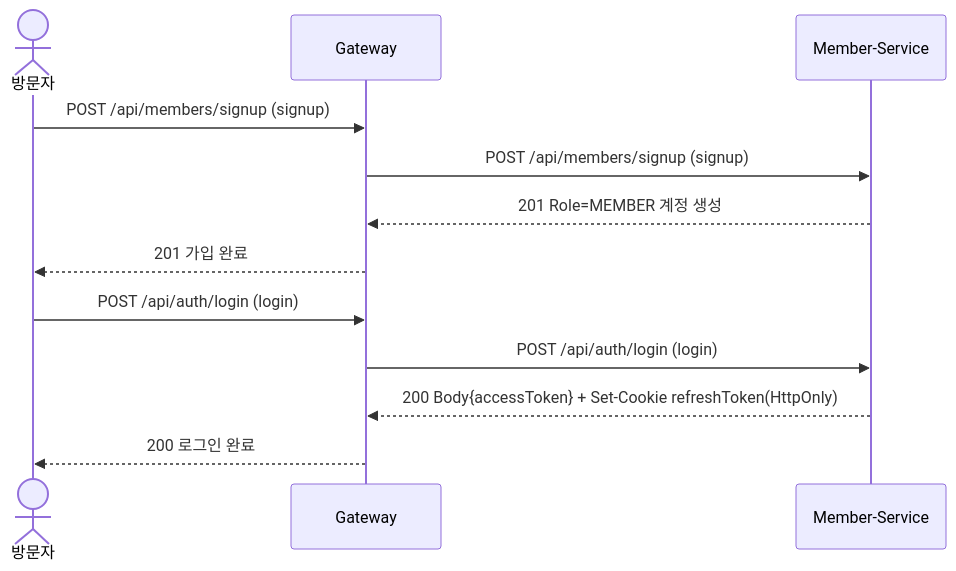
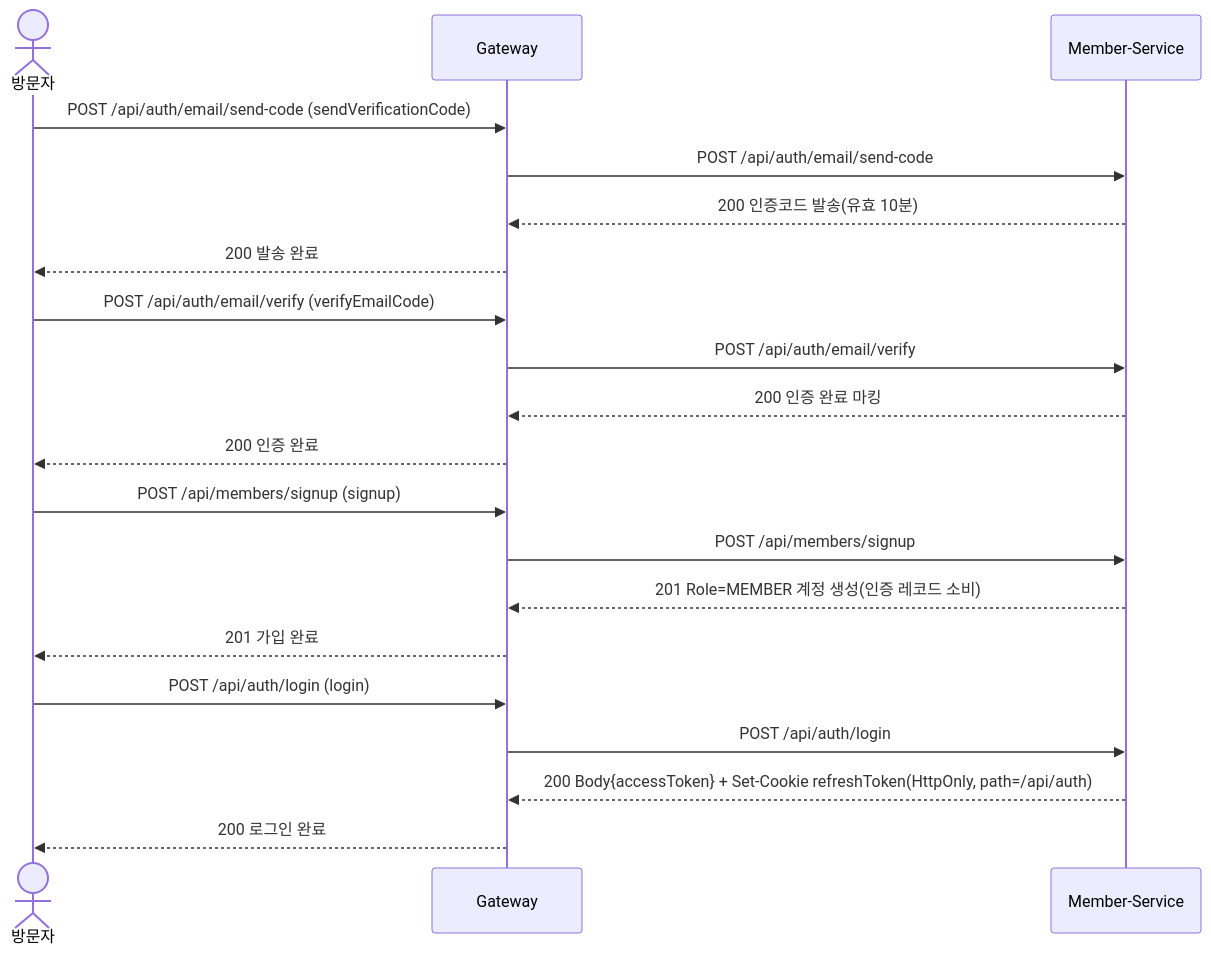
The second of 30 diagrams in docs/시퀀스.md (likelion-backend-24th/Final-Project-Team3), drawn with Mermaid before and after one commit. The commit also changed other lines of this file and 4 other files, not shown here.

````diff
--- a/docs/시퀀스.md
+++ b/docs/시퀀스.md
@@ -45,14 +45,22 @@
 ```mermaid
 sequenceDiagram
     actor V as 방문자
     participant G as Gateway
     participant MS as Member-Service
+    V->>G: POST /api/auth/email/send-code (sendVerificationCode)
+    G->>MS: POST /api/auth/email/send-code
+    MS-->>G: 200 인증코드 발송(유효 10분)
+    G-->>V: 200 발송 완료
+    V->>G: POST /api/auth/email/verify (verifyEmailCode)
+    G->>MS: POST /api/auth/email/verify
+    MS-->>G: 200 인증 완료 마킹
+    G-->>V: 200 인증 완료
     V->>G: POST /api/members/signup (signup)
-    G->>MS: POST /api/members/signup (signup)
-    MS-->>G: 201 Role=MEMBER 계정 생성
+    G->>MS: POST /api/members/signup
+    MS-->>G: 201 Role=MEMBER 계정 생성(인증 레코드 소비)
     G-->>V: 201 가입 완료
     V->>G: POST /api/auth/login (login)
-    G->>MS: POST /api/auth/login (login)
-    MS-->>G: 200 Body{accessToken} + Set-Cookie refreshToken(HttpOnly)
+    G->>MS: POST /api/auth/login
+    MS-->>G: 200 Body{accessToken} + Set-Cookie refreshToken(HttpOnly, path=/api/auth)
     G-->>V: 200 로그인 완료
 ```
````
